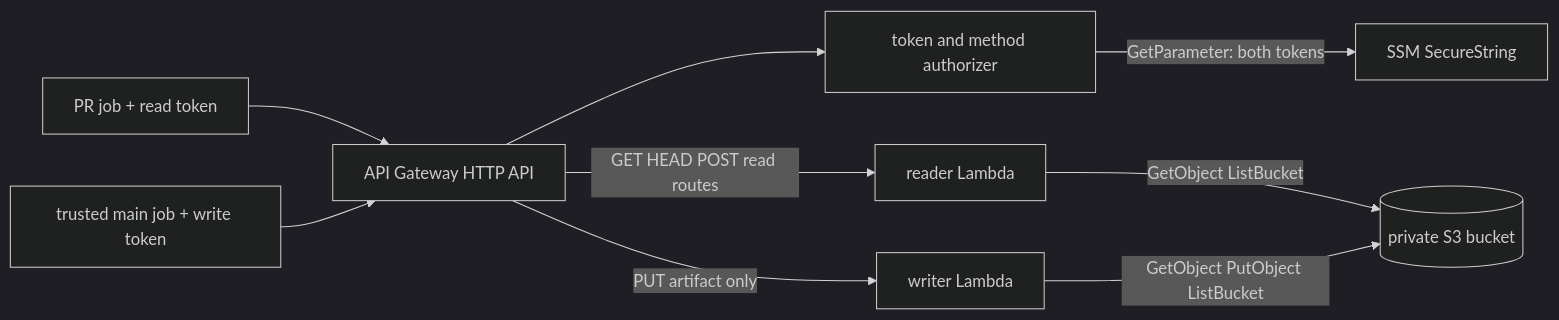
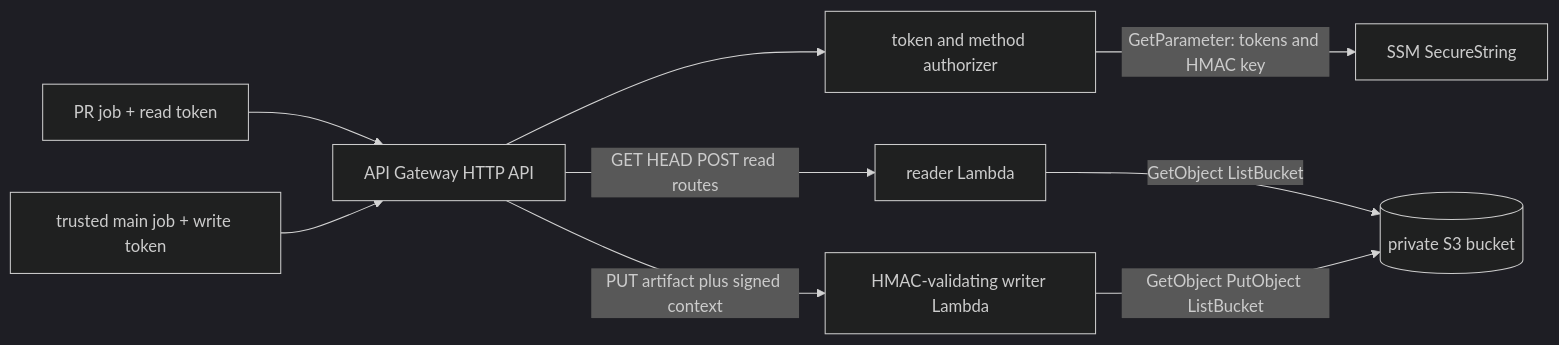
Before and after one commit to beep-effect/beep-effect: the diagram in goals/ci-fleet-endgame/research/p3-cache-design.md, drawn with Mermaid (dark theme). The commit also changed other lines of this file and 2 other files, not shown here.

````diff
--- a/goals/ci-fleet-endgame/research/p3-cache-design.md
+++ b/goals/ci-fleet-endgame/research/p3-cache-design.md
@@ -109,11 +114,11 @@
 ```mermaid
 flowchart LR
   PR[PR job + read token] --> API[API Gateway HTTP API]
   Main[trusted main job + write token] --> API
   API --> Auth[token and method authorizer]
-  Auth -->|GetParameter: both tokens| SSM[SSM SecureString]
+  Auth -->|GetParameter: tokens and HMAC key| SSM[SSM SecureString]
   API -->|GET HEAD POST read routes| Reader[reader Lambda]
-  API -->|PUT artifact only| Writer[writer Lambda]
+  API -->|PUT artifact plus signed context| Writer[HMAC-validating writer Lambda]
   Reader -->|GetObject ListBucket| S3[(private S3 bucket)]
   Writer -->|GetObject PutObject ListBucket| S3
 ```
````
